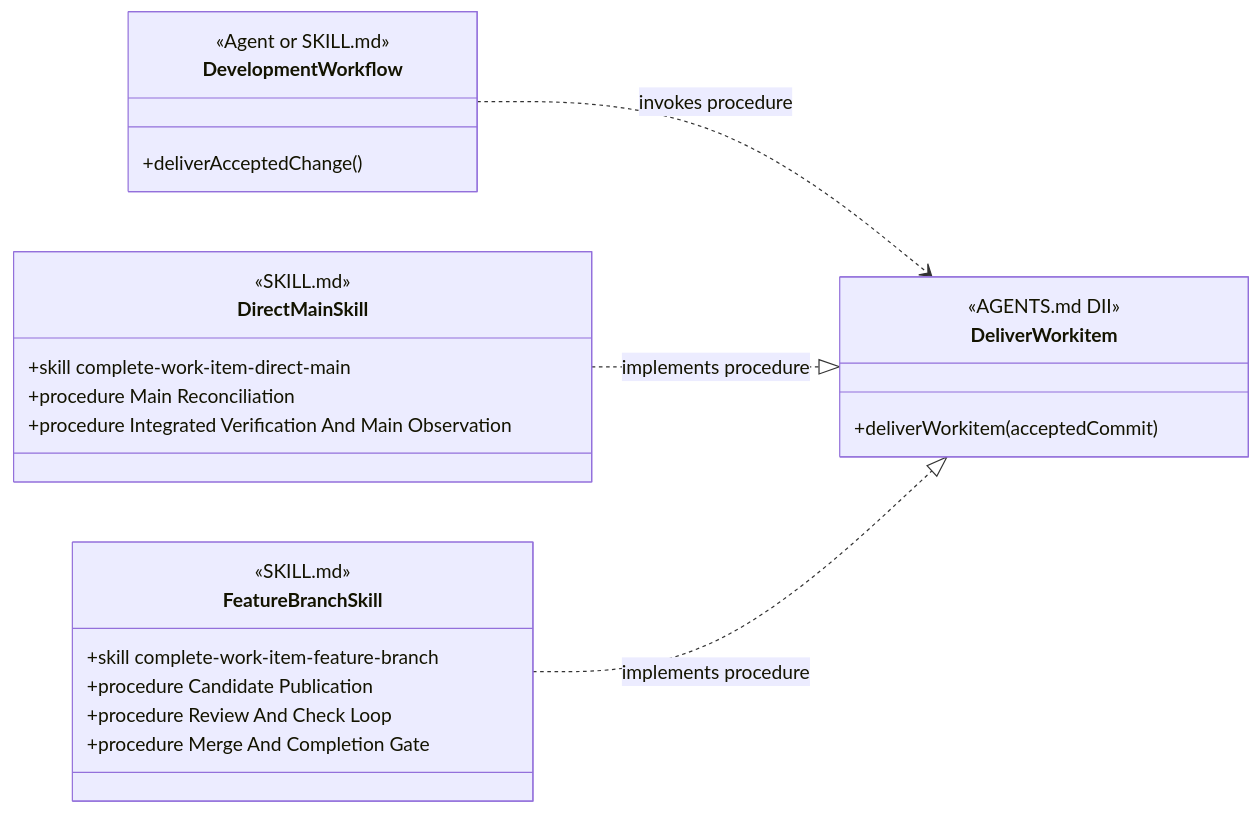
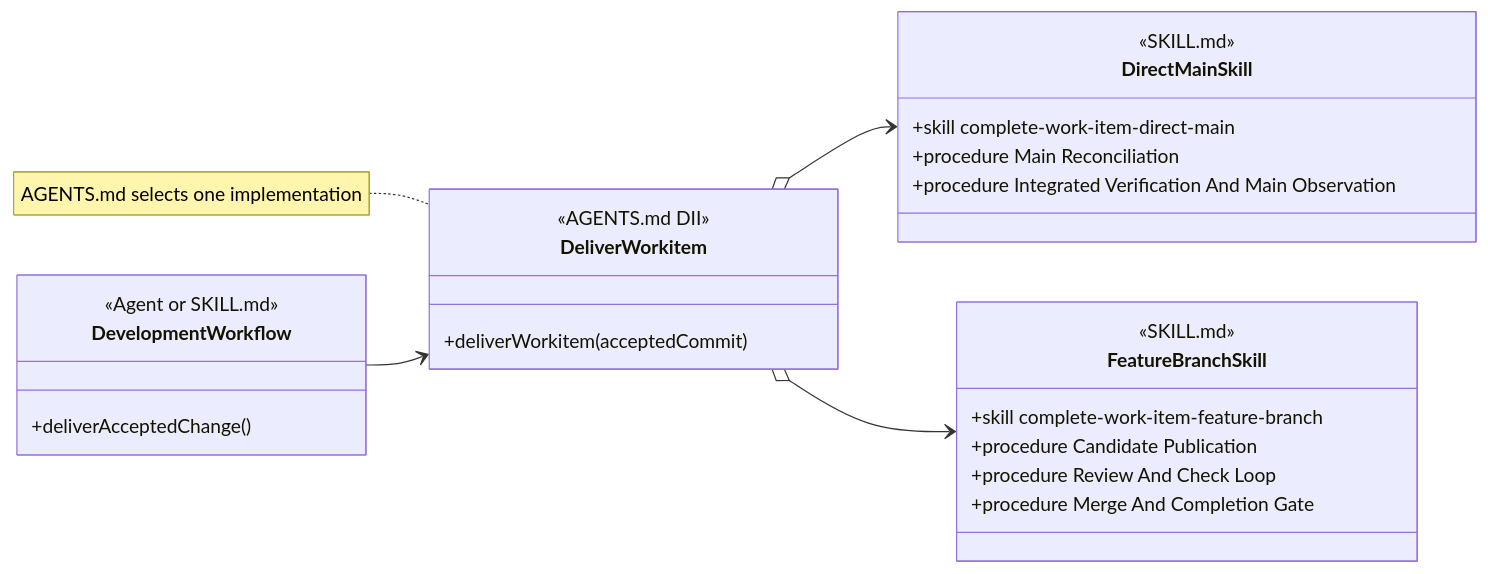
One commit to martinbechard/dev-methodology changed the ninth of 11 diagrams in design/object-oriented-agent-and-skill-model.md. Above: the diagram before and after it, drawn with Mermaid. The commit also changed other lines of this file and 2 other files, not shown here.

Commit message:
Simplify diagram reference conventions

````diff
--- a/design/object-oriented-agent-and-skill-model.md
+++ b/design/object-oriented-agent-and-skill-model.md
@@ -536,35 +451,37 @@
 ```mermaid
 classDiagram
     direction LR
 
     class DevelopmentWorkflow {
         <<Agent or SKILL.md>>
         +deliverAcceptedChange()
     }
 
     class DeliverWorkitem {
         <<AGENTS.md DII>>
         +deliverWorkitem(acceptedCommit)
     }
 
     class DirectMainSkill {
         <<SKILL.md>>
         <<Injectable Skill>>
         +skill complete-work-item-direct-main
         +procedure Main Reconciliation
         +procedure Integrated Verification And Main Observation
     }
 
     class FeatureBranchSkill {
         <<SKILL.md>>
         <<Injectable Skill>>
         +skill complete-work-item-feature-branch
         +procedure Candidate Publication
         +procedure Review And Check Loop
         +procedure Merge And Completion Gate
     }
 
-    DevelopmentWorkflow ..> DeliverWorkitem : invokes procedure
-    DirectMainSkill ..|> DeliverWorkitem : implements procedure
-    FeatureBranchSkill ..|> DeliverWorkitem : implements procedure
+    DevelopmentWorkflow --> DeliverWorkitem
+    DeliverWorkitem o--> DirectMainSkill
+    DeliverWorkitem o--> FeatureBranchSkill
+
+    note for DeliverWorkitem "AGENTS.md selects one implementation"
 ```
````
